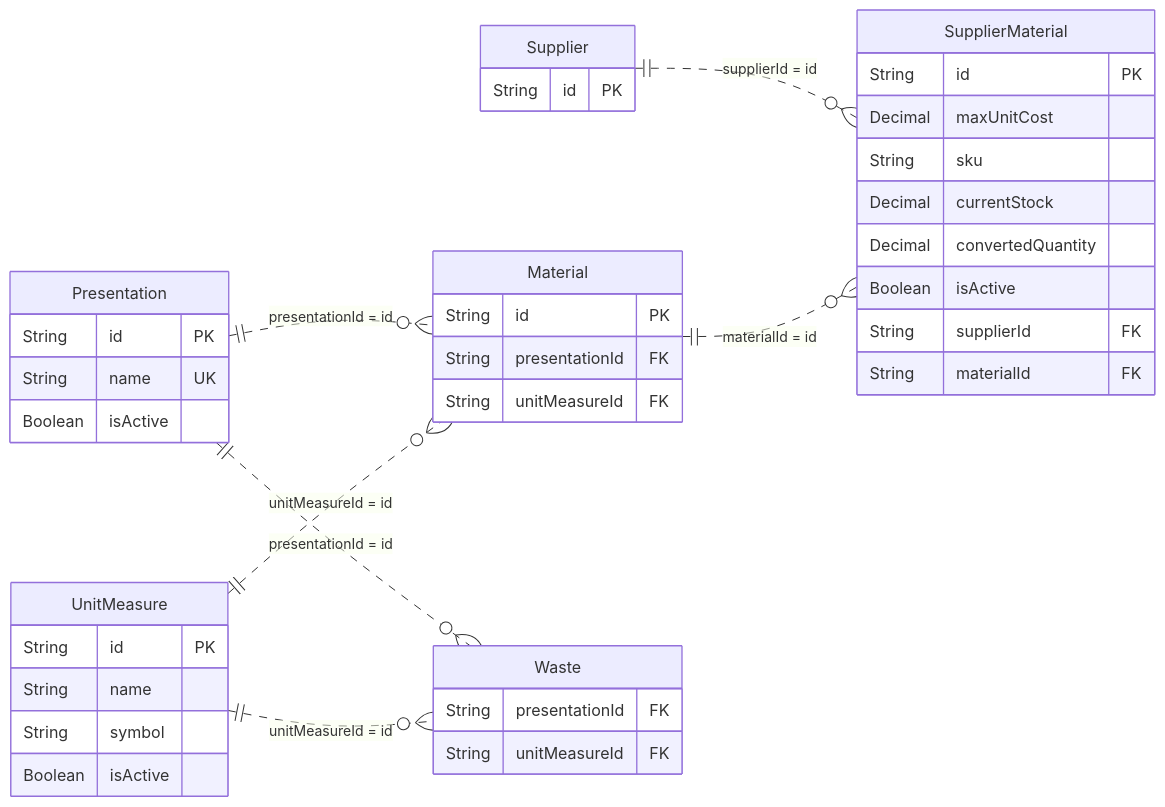
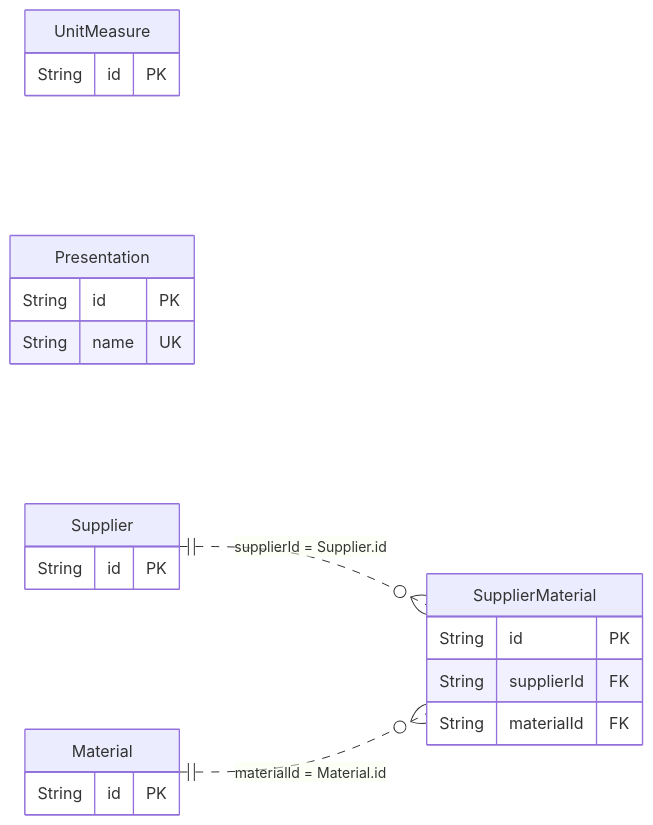
One commit to gpgsistemas01/nexus changed the sixth of 22 diagrams in docs/architecture/views/logical/data-and-persistence/generated/database-schema.md. Above: the diagram before and after it, drawn with Mermaid. The commit also changed other lines of this file and 4 other files, not shown here.

Commit message:
docs: simplificar vista lógica y aclarar relaciones del modelo ER

````diff
--- a/docs/architecture/views/logical/data-and-persistence/generated/database-schema.md
+++ b/docs/architecture/views/logical/data-and-persistence/generated/database-schema.md
@@ -350,43 +156,24 @@
 ```mermaid
 erDiagram
     direction LR
     UnitMeasure {
         String id PK
-        String name
-        String symbol
-        Boolean isActive
     }
     Presentation {
         String id PK
         String name UK
-        Boolean isActive
     }
     SupplierMaterial {
         String id PK
-        Decimal maxUnitCost
-        String sku
-        Decimal currentStock
-        Decimal convertedQuantity
-        Boolean isActive
         String supplierId FK
         String materialId FK
-    }
-    Material {
-        String id PK
-        String presentationId FK
-        String unitMeasureId FK
     }
     Supplier {
         String id PK
     }
-    Waste {
-        String presentationId FK
-        String unitMeasureId FK
+    Material {
+        String id PK
     }
-    Presentation ||..o{ Material : "presentationId = id"
-    UnitMeasure ||..o{ Material : "unitMeasureId = id"
-    Supplier ||..o{ SupplierMaterial : "supplierId = id"
-    Material ||..o{ SupplierMaterial : "materialId = id"
-    Presentation ||..o{ Waste : "presentationId = id"
-    UnitMeasure ||..o{ Waste : "unitMeasureId = id"
+    Supplier ||..o{ SupplierMaterial : "supplierId = Supplier.id"
+    Material ||..o{ SupplierMaterial : "materialId = Material.id"
 ```
````
